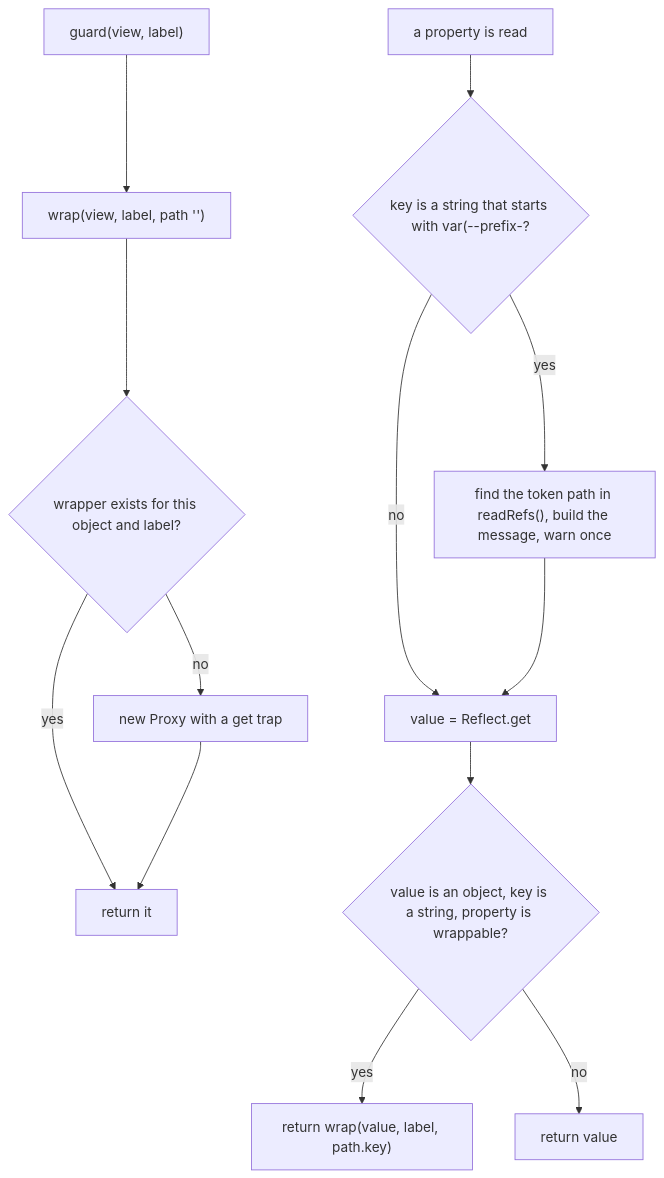
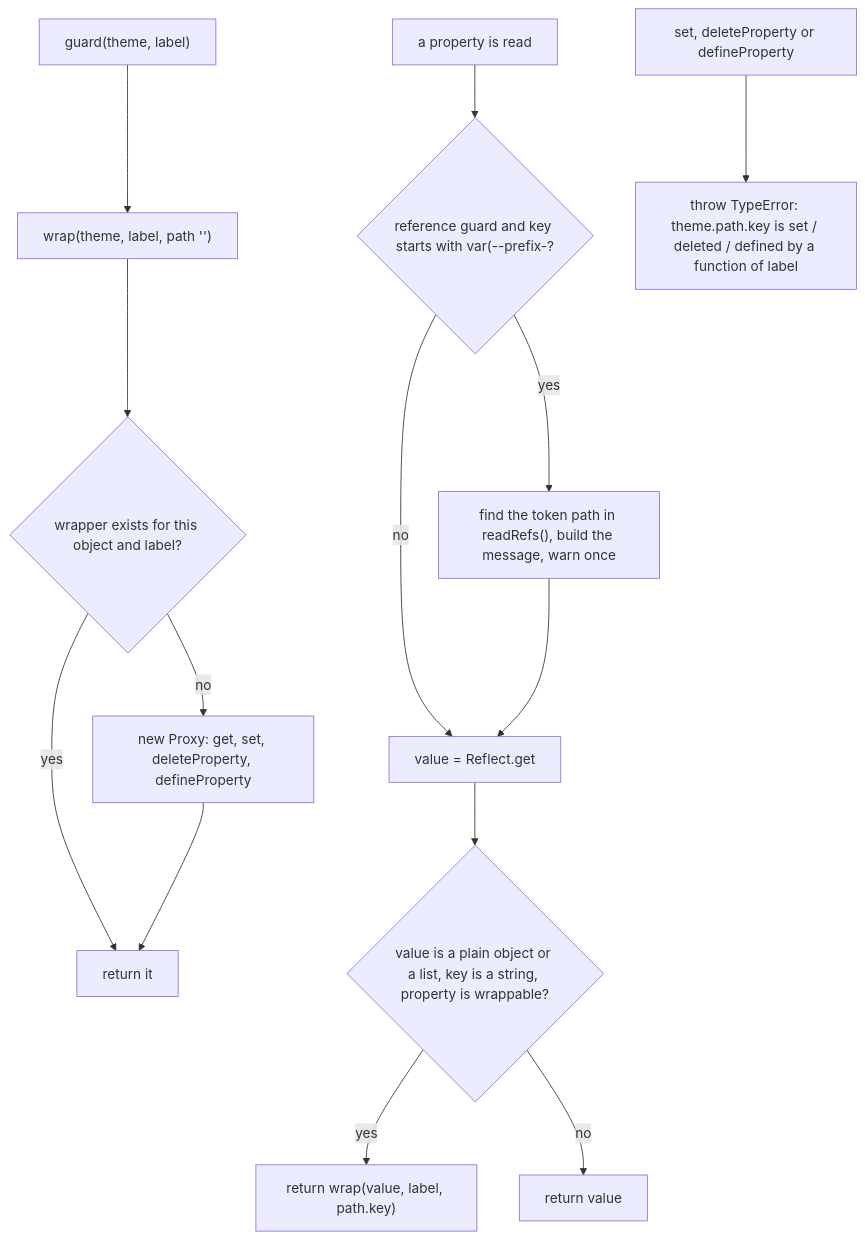
The diagram in packages/core/src/referenceKeys.md (soroush-tech/umber-style), drawn with Mermaid before and after one commit. The commit also changed other lines of this file and 50 other files, not shown here.

Commit message:
feat: the style functions of an element share one argument per render, the theme a function gets cannot be written in development, and the helpers the bindings share move to @umber-style/core/internal - close #69

````diff
--- a/packages/core/src/referenceKeys.md
+++ b/packages/core/src/referenceKeys.md
@@ -20,15 +34,16 @@
 ```mermaid
 flowchart TD
-  call["guard(view, label)"] --> wrap["wrap(view, label, path '')"]
-  wrap --> cached{"wrapper exists for this object and label?"}
+  ask["guard(theme, label)"] --> wrapNode["wrap(theme, label, path '')"]
+  wrapNode --> cached{"wrapper exists for this object and label?"}
   cached -->|yes| ret["return it"]
-  cached -->|no| proxy["new Proxy with a get trap"]
+  cached -->|no| proxy["new Proxy: get, set, deleteProperty, defineProperty"]
   proxy --> ret
-  read["a property is read"] --> isRef{"key is a string that starts with var(--prefix-?"}
-  isRef -->|yes| report["find the token path in readRefs(), build the message, warn once"]
-  isRef -->|no| val
+  read["a property is read"] --> onRead{"reference guard and key starts with var(--prefix-?"}
+  onRead -->|yes| report["find the token path in readRefs(), build the message, warn once"]
+  onRead -->|no| val
   report --> val["value = Reflect.get"]
-  val --> branch{"value is an object, key is a string, property is wrappable?"}
+  val --> branch{"value is a plain object or a list, key is a string, property is wrappable?"}
   branch -->|yes| deeper["return wrap(value, label, path.key)"]
   branch -->|no| raw["return value"]
+  write["set, deleteProperty or defineProperty"] --> refuse["throw TypeError: theme.path.key is set / deleted / defined by a function of label"]
 ```
````
